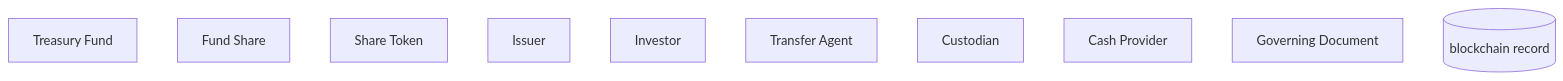
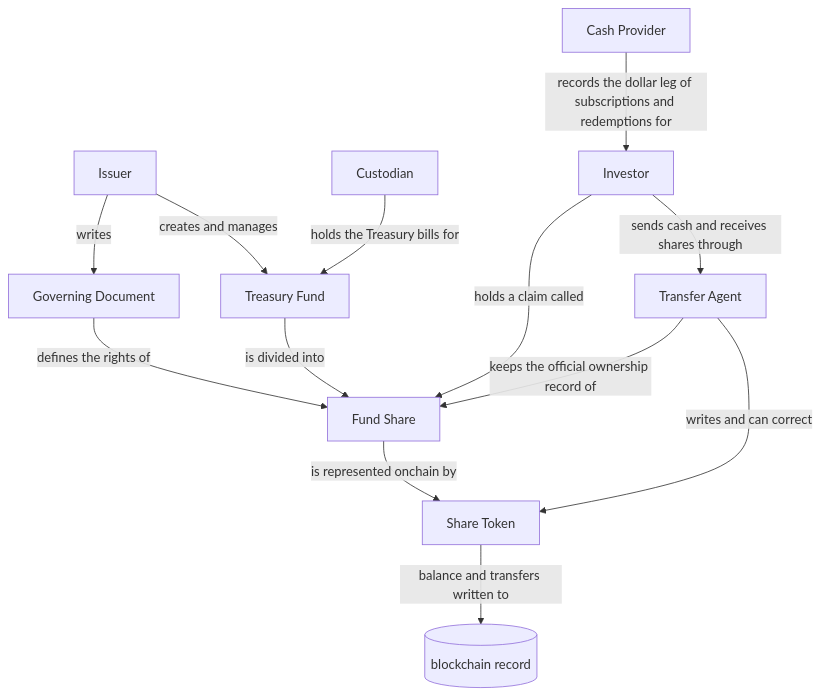
Before and after one commit to RahilBhavan/x365: the diagram in work/week-01/map.md, drawn with Mermaid. The commit also changed other lines of this file and 2 other files, not shown here.

````diff
--- a/work/week-01/map.md
+++ b/work/week-01/map.md
@@ -14,16 +14,26 @@
 ```mermaid
 graph TD
   TF[Treasury Fund]
   FS[Fund Share]
   ST[Share Token]
   ISS[Issuer]
   INV[Investor]
   TA[Transfer Agent]
   CUST[Custodian]
   CASH[Cash Provider]
   GD[Governing Document]
   CHAIN[(blockchain record)]
 
-  %% Draw your edges here. The syntax is:  A -->|label| B
-  %% Example of the shape, not an answer:  ISS -->|creates| TF
+  ISS -->|creates and manages| TF
+  ISS -->|writes| GD
+  GD -->|defines the rights of| FS
+  TF -->|is divided into| FS
+  INV -->|holds a claim called| FS
+  FS -->|is represented onchain by| ST
+  ST -->|balance and transfers written to| CHAIN
+  TA -->|keeps the official ownership record of| FS
+  TA -->|writes and can correct| ST
+  CUST -->|holds the Treasury bills for| TF
+  CASH -->|records the dollar leg of subscriptions and redemptions for| INV
+  INV -->|sends cash and receives shares through| TA
 ```
````
